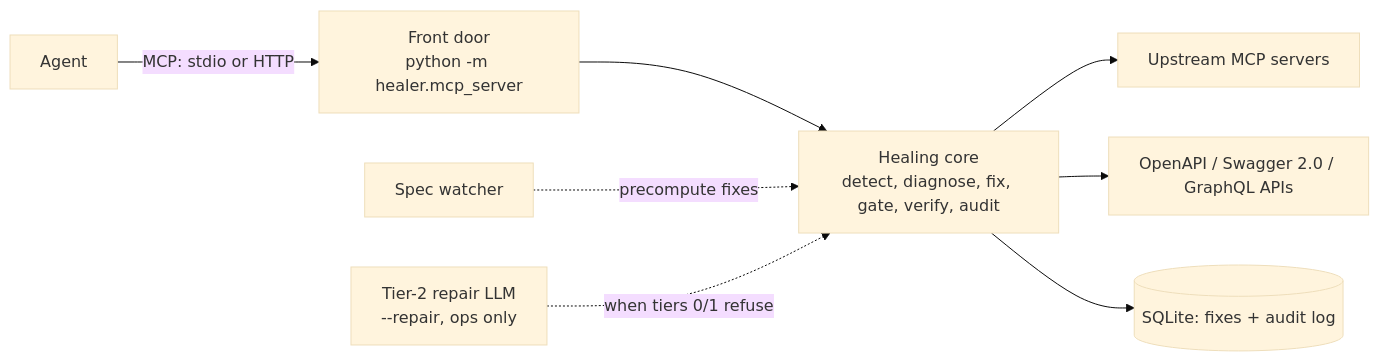
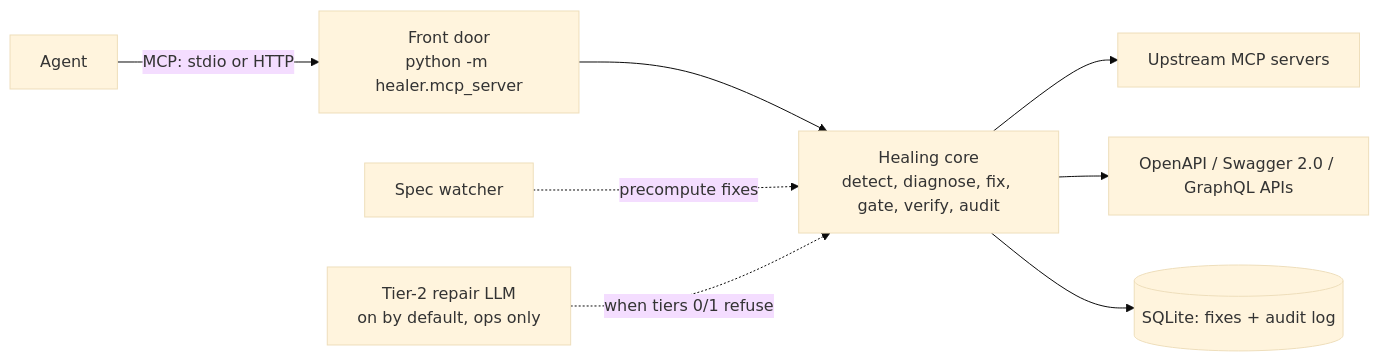
The diagram in README.md (000wahab000/self-healing-tool-registry), drawn with Mermaid (base theme) before and after one commit. The commit also changed other lines of this file and 7 other files, not shown here.

Commit message:
feat(repair): tier-2 repair on by default with the agents' NVIDIA key and model; lazy LLM/Jev clients

````diff
--- a/README.md
+++ b/README.md
@@ -9,10 +9,10 @@
 ```mermaid
 flowchart LR
     A[Agent] -->|MCP: stdio or HTTP| F[Front door<br/>python -m healer.mcp_server]
     F --> R[Healing core<br/>detect, diagnose, fix, gate, verify, audit]
     R --> U1[Upstream MCP servers]
     R --> U2[OpenAPI / Swagger 2.0 / GraphQL APIs]
     R --> S[(SQLite: fixes + audit log)]
     W[Spec watcher] -.->|precompute fixes| R
-    T2[Tier-2 repair LLM<br/>--repair, ops only] -.->|when tiers 0/1 refuse| R
+    T2[Tier-2 repair LLM<br/>on by default, ops only] -.->|when tiers 0/1 refuse| R
 ```
````
